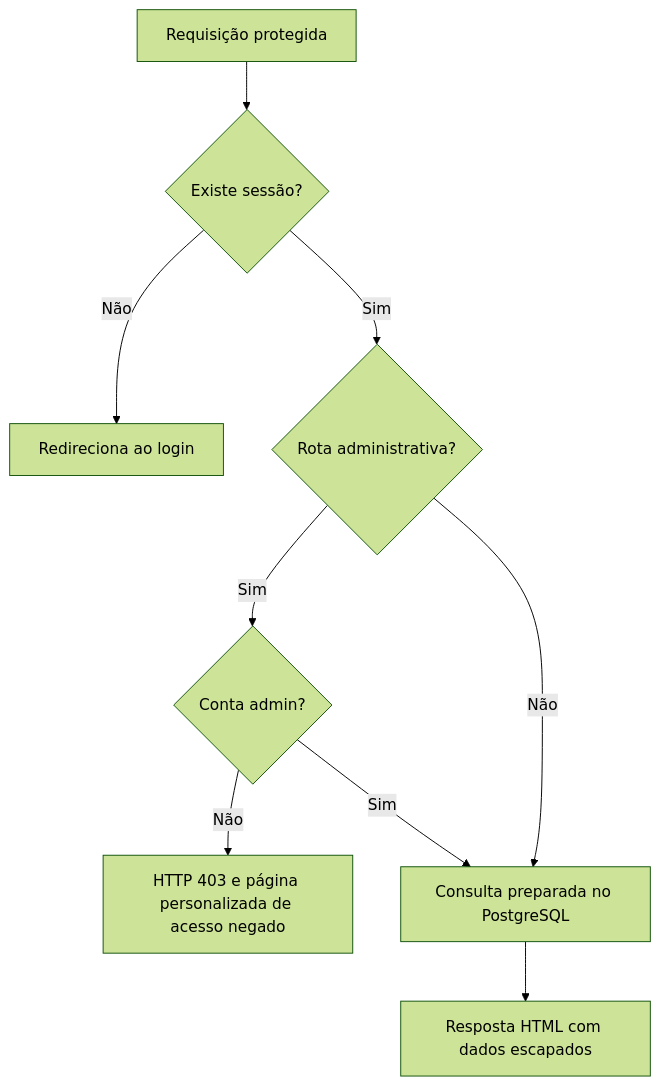
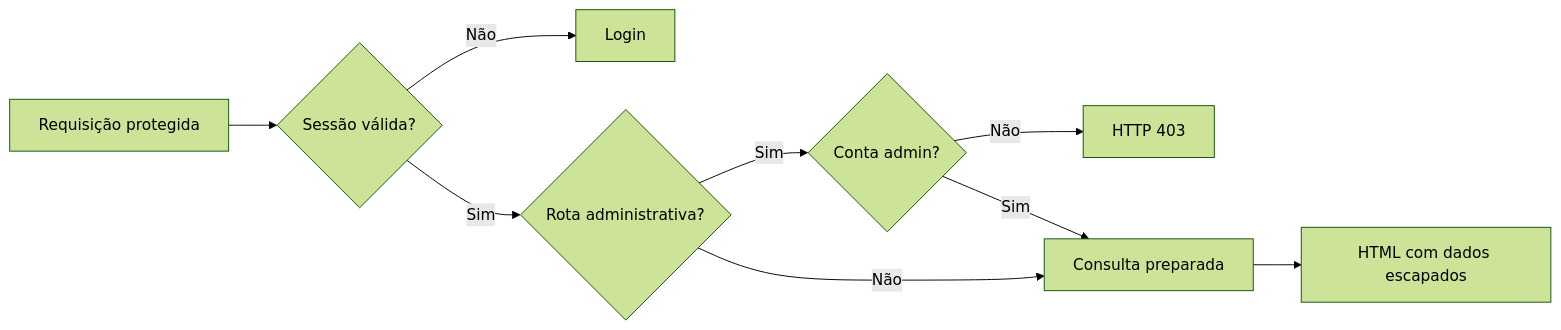
One commit to Matheus-Talasso-Gil/Impulsos-Cursos changed the second of 21 diagrams in diagrama.md. Above: the diagram before and after it, drawn with Mermaid (forest theme). The commit also changed other lines of this file and 1 other file, not shown here.

Commit message:
Atualizando o diagrama e criando o product backlog

````diff
--- a/diagrama.md
+++ b/diagrama.md
@@ -81,11 +102,11 @@
 ```mermaid
-flowchart TD
-    A[Requisição protegida] --> B{Existe sessão?}
-    B -->|Não| C[Redireciona ao login]
-    B -->|Sim| D{Rota administrativa?}
-    D -->|Sim| E{Conta admin?}
-    E -->|Não| F[HTTP 403 e página personalizada de acesso negado]
-    E -->|Sim| G[Consulta preparada no PostgreSQL]
-    D -->|Não| G
-    G --> H[Resposta HTML com dados escapados]
+graph LR
+    Requisicao["Requisição protegida"] --> Sessao{"Sessão válida?"}
+    Sessao -->|Não| Login["Login"]
+    Sessao -->|Sim| Rota{"Rota administrativa?"}
+    Rota -->|Sim| Permissao{"Conta admin?"}
+    Permissao -->|Não| Negado["HTTP 403"]
+    Permissao -->|Sim| Banco["Consulta preparada"]
+    Rota -->|Não| Banco
+    Banco --> Resposta["HTML com dados escapados"]
 ```
````
